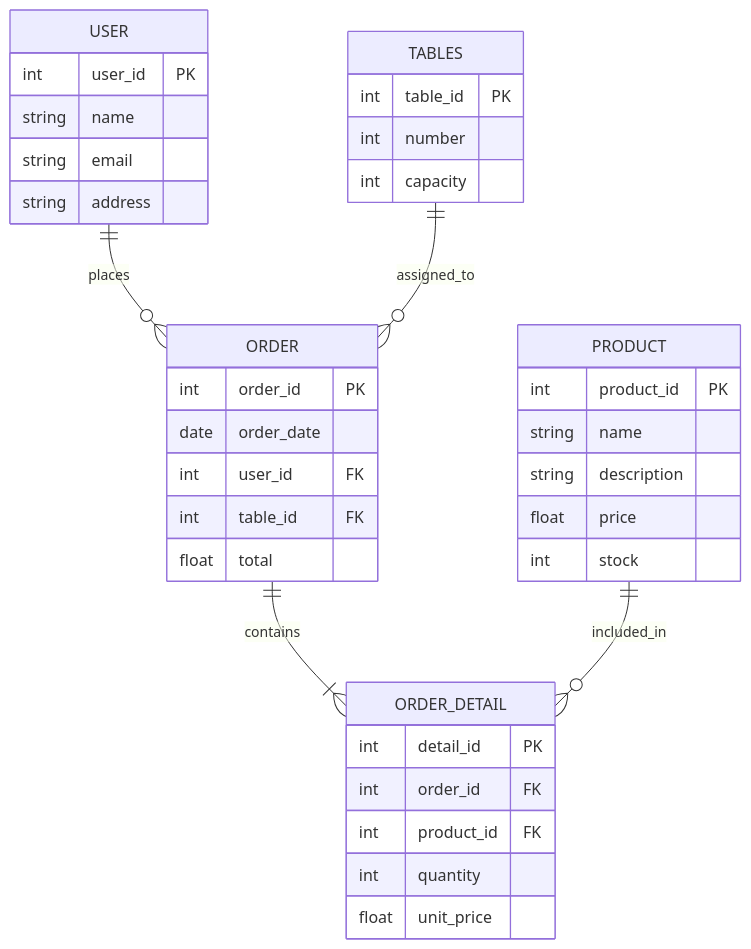
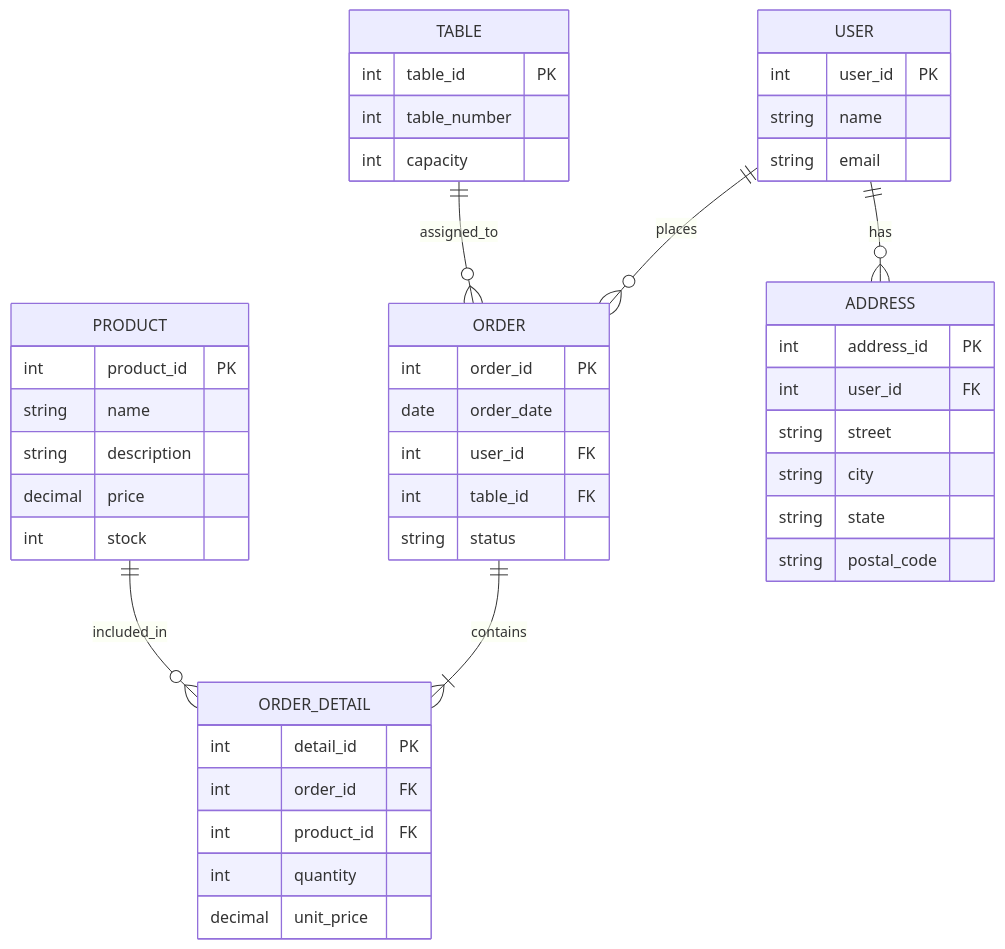
One commit to AndersonVazquezDelaluz/cbtis47-db-project-salchichasparrita-2026 changed the diagram in docs/erd_diagram.mmd. Above: the diagram before and after it, drawn with Mermaid.

```diff
--- a/docs/erd_diagram.mmd
+++ b/docs/erd_diagram.mmd
@@ -1,38 +1,51 @@
 erDiagram
-    USER ||--o{ ORDER : "places"
-    ORDER ||--|{ ORDER_DETAIL : "contains"
-    PRODUCT ||--o{ ORDER_DETAIL : "included_in"
-    TABLES ||--o{ ORDER : "assigned_to"
+    USER ||--o{ ORDER : places
+    TABLE ||--o{ ORDER : assigned_to
+    ORDER ||--|{ ORDER_DETAIL : contains
+    PRODUCT ||--o{ ORDER_DETAIL : included_in
+    USER ||--o{ ADDRESS : has
 
     USER {
         int user_id PK
         string name
         string email
-        string address
     }
+
+    ADDRESS {
+        int address_id PK
+        int user_id FK
+        string street
+        string city
+        string state
+        string postal_code
+    }
+
+    TABLE {
+        int table_id PK
+        int table_number
+        int capacity
+    }
+
     ORDER {
-    int order_id PK
-    date order_date
-    int user_id FK
-    int table_id FK
-    float total
+        int order_id PK
+        date order_date
+        int user_id FK
+        int table_id FK
+        string status
     }
+
     ORDER_DETAIL {
         int detail_id PK
         int order_id FK
         int product_id FK
         int quantity
-        float unit_price
+        decimal unit_price
     }
+
     PRODUCT {
         int product_id PK
         string name
         string description
-        float price
+        decimal price
         int stock
     }
-    TABLES {
-    int table_id PK
-    int number
-    int capacity
-    }
```
